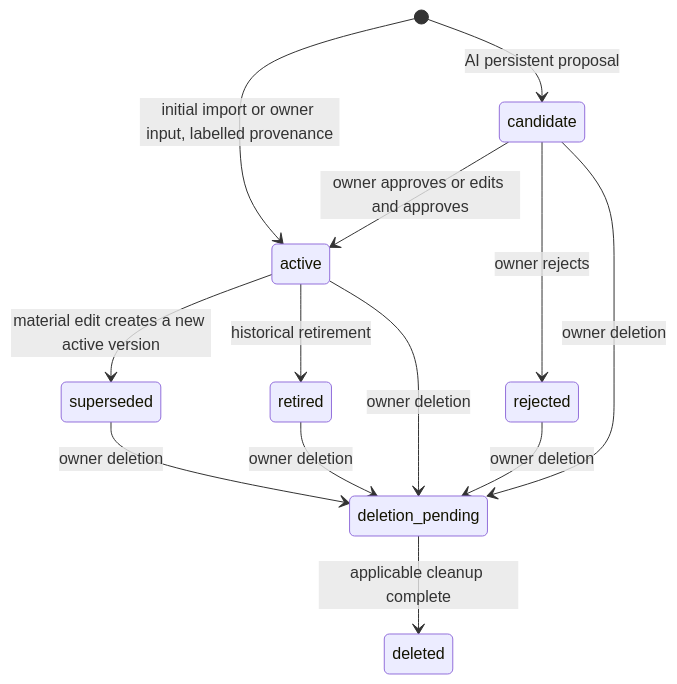
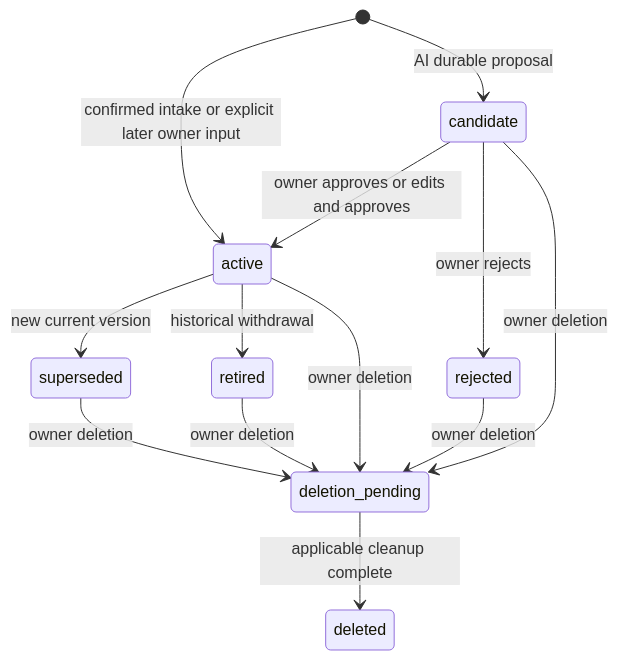
Before and after one commit to mohamed-hossam1/busmora-docs: the third of 16 diagrams in core/SYSTEM-ARCHITECTURE.md, drawn with Mermaid. The commit also changed other lines of this file and 5 other files, not shown here.

Commit message:
docs(core): update PRD to v2.0 and align core technical designs, architecture, and design system

````diff
--- a/core/SYSTEM-ARCHITECTURE.md
+++ b/core/SYSTEM-ARCHITECTURE.md
@@ -265,15 +282,15 @@
 ```mermaid
 stateDiagram-v2
-  [*] --> active: initial import or owner input, labelled provenance
-  [*] --> candidate: AI persistent proposal
+  [*] --> active: confirmed intake or explicit later owner input
+  [*] --> candidate: AI durable proposal
   candidate --> active: owner approves or edits and approves
   candidate --> rejected: owner rejects
-  active --> superseded: material edit creates a new active version
-  active --> retired: historical retirement
+  active --> superseded: new current version
+  active --> retired: historical withdrawal
   active --> deletion_pending: owner deletion
   candidate --> deletion_pending: owner deletion
   rejected --> deletion_pending: owner deletion
   retired --> deletion_pending: owner deletion
   superseded --> deletion_pending: owner deletion
   deletion_pending --> deleted: applicable cleanup complete
 ```
````
